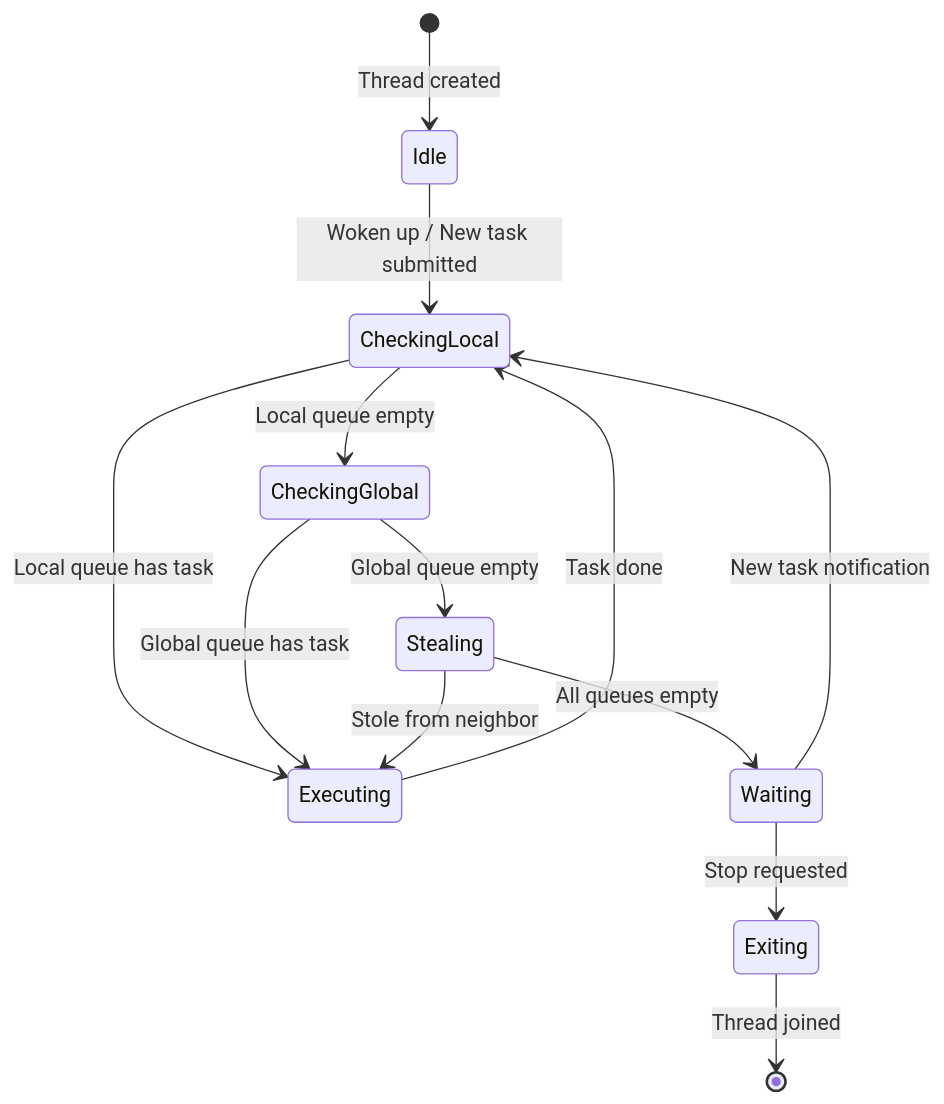
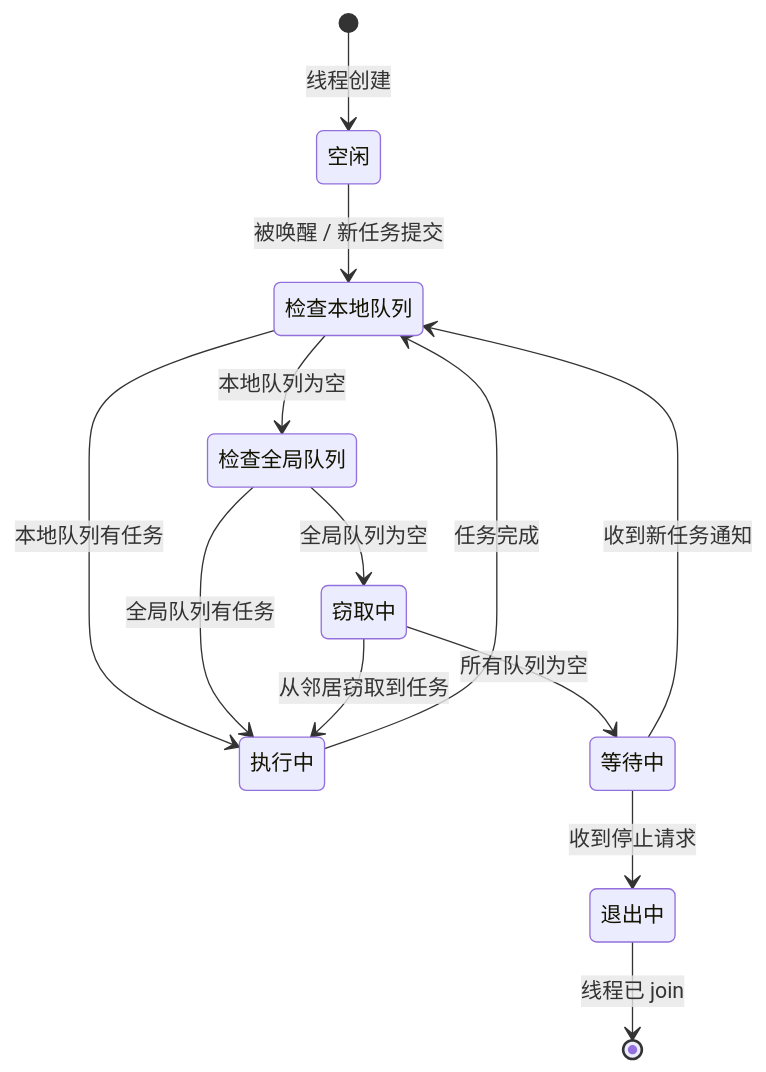
One commit to JuShuai-gif/cuda_pytorch changed the third of 3 diagrams in c++/multhread/project/industrial-concurrency-project/docs/architecture.md. Above: the diagram before and after it, drawn with Mermaid. The commit also changed other lines of this file and 155 other files, not shown here.

````diff
--- a/c++/multhread/project/industrial-concurrency-project/docs/architecture.md
+++ b/c++/multhread/project/industrial-concurrency-project/docs/architecture.md
@@ -90,19 +90,19 @@
 ```mermaid
 stateDiagram-v2
-    [*] --> Idle: Thread created
-    Idle --> CheckingLocal: Woken up / New task submitted
+    [*] --> 空闲: 线程创建
+    空闲 --> 检查本地队列: 被唤醒 / 新任务提交
     
-    CheckingLocal --> Executing: Local queue has task
-    CheckingLocal --> CheckingGlobal: Local queue empty
-    CheckingGlobal --> Executing: Global queue has task
-    CheckingGlobal --> Stealing: Global queue empty
+    检查本地队列 --> 执行中: 本地队列有任务
+    检查本地队列 --> 检查全局队列: 本地队列为空
+    检查全局队列 --> 执行中: 全局队列有任务
+    检查全局队列 --> 窃取中: 全局队列为空
     
-    Stealing --> Executing: Stole from neighbor
-    Stealing --> Waiting: All queues empty
+    窃取中 --> 执行中: 从邻居窃取到任务
+    窃取中 --> 等待中: 所有队列为空
     
-    Waiting --> CheckingLocal: New task notification
-    Waiting --> Exiting: Stop requested
+    等待中 --> 检查本地队列: 收到新任务通知
+    等待中 --> 退出中: 收到停止请求
     
-    Executing --> CheckingLocal: Task done
-    Exiting --> [*]: Thread joined
+    执行中 --> 检查本地队列: 任务完成
+    退出中 --> [*]: 线程已 join
 ```
````
